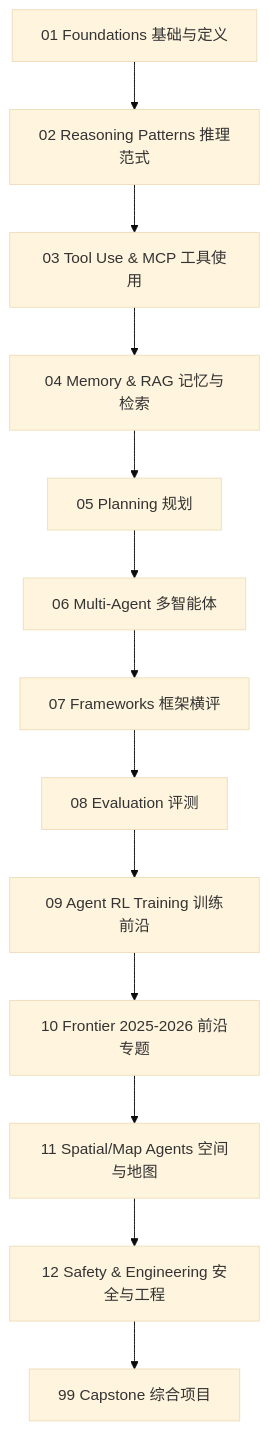
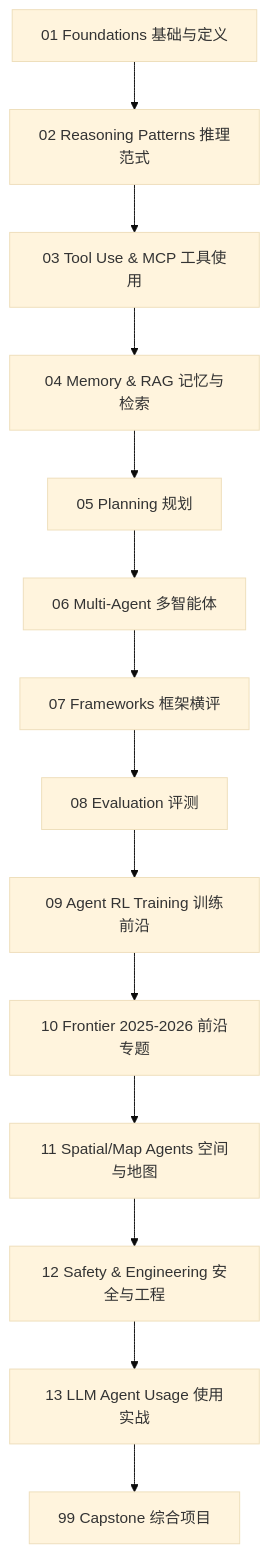
Before and after one commit to Mocha0724/LLM_Agents: the diagram in README.md, drawn with Mermaid (base theme). The commit also changed other lines of this file and 7 other files, not shown here.

First line of the commit message:
feat: 新增 LLM Agent 使用实战目录

````diff
--- a/README.md
+++ b/README.md
@@ -19,15 +19,16 @@
 ```mermaid
 flowchart TD
     F["01 Foundations 基础与定义"] --> R["02 Reasoning Patterns 推理范式"]
     R --> T["03 Tool Use & MCP 工具使用"]
     T --> M["04 Memory & RAG 记忆与检索"]
     M --> P["05 Planning 规划"]
     P --> MA["06 Multi-Agent 多智能体"]
     MA --> FW["07 Frameworks 框架横评"]
     FW --> EV["08 Evaluation 评测"]
     EV --> RL["09 Agent RL Training 训练前沿"]
     RL --> FT["10 Frontier 2025-2026 前沿专题"]
     FT --> SP["11 Spatial/Map Agents 空间与地图"]
     SP --> SE["12 Safety & Engineering 安全与工程"]
-    SE --> CAP["99 Capstone 综合项目"]
+    SE --> USE["13 LLM Agent Usage 使用实战"]
+    USE --> CAP["99 Capstone 综合项目"]
 ```
````
